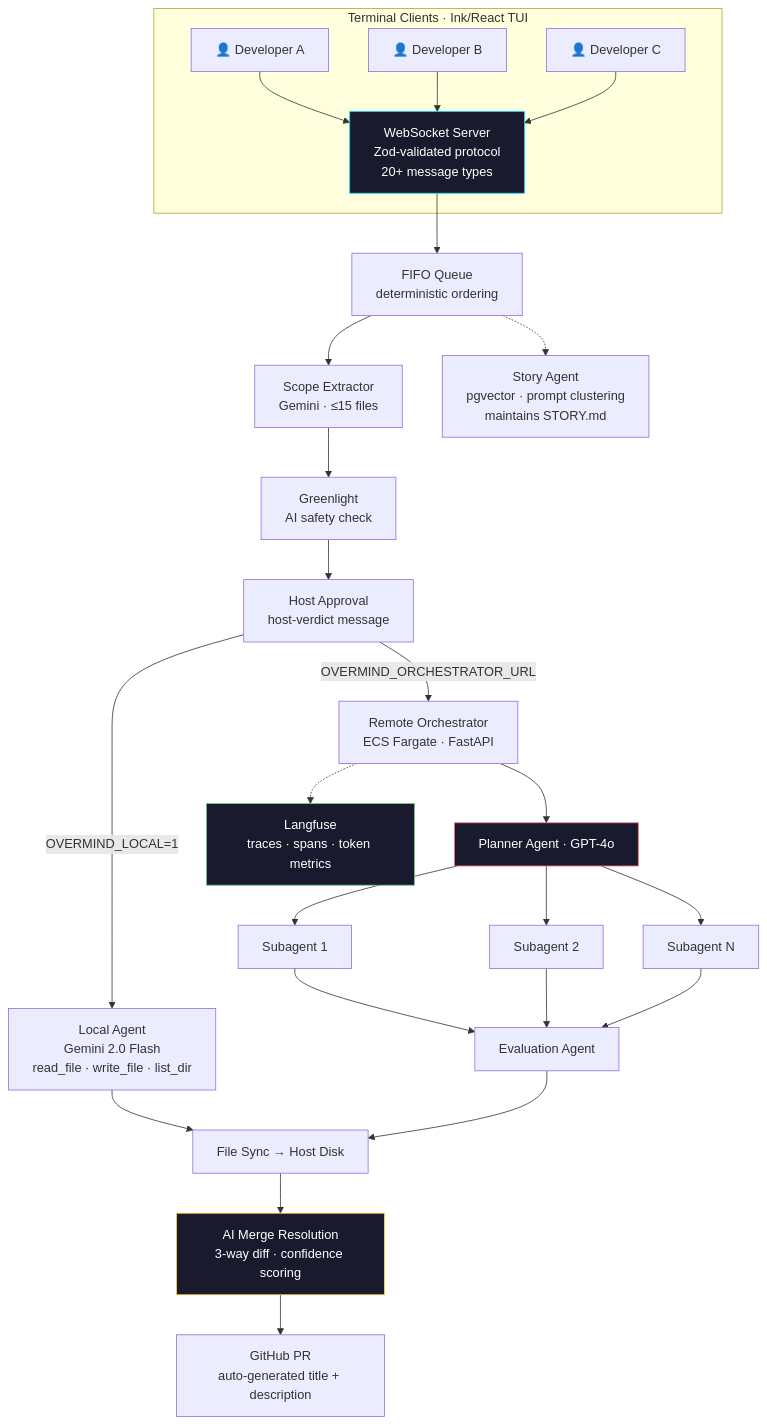
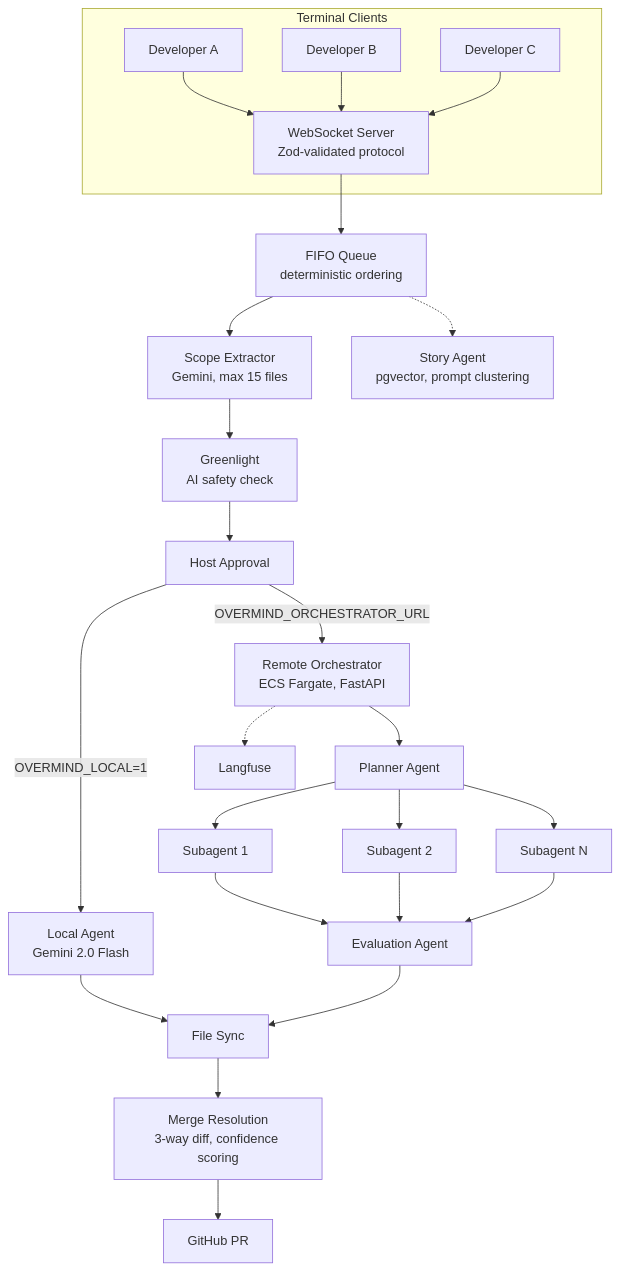
One commit to atharva789/Overmind changed the diagram in README.md. Above: the diagram before and after it, drawn with Mermaid. The commit also changed other lines of this file, not shown here.

````diff
--- a/README.md
+++ b/README.md
@@ -156,32 +26,27 @@
 ```mermaid
 graph TB
-    subgraph Clients["Terminal Clients · Ink/React TUI"]
-        A["👤 Developer A"] --> WS
-        B["👤 Developer B"] --> WS
-        C["👤 Developer C"] --> WS
+    subgraph Clients["Terminal Clients"]
+        A["Developer A"] --> WS
+        B["Developer B"] --> WS
+        C["Developer C"] --> WS
     end
 
-    WS["WebSocket Server<br/>Zod-validated protocol<br/>20+ message types"] --> Q["FIFO Queue<br/>deterministic ordering"]
-    Q --> SC["Scope Extractor<br/>Gemini · ≤15 files"]
+    WS["WebSocket Server<br/>Zod-validated protocol"] --> Q["FIFO Queue<br/>deterministic ordering"]
+    Q --> SC["Scope Extractor<br/>Gemini, max 15 files"]
     SC --> GL["Greenlight<br/>AI safety check"]
-    GL --> HA["Host Approval<br/>host-verdict message"]
+    GL --> HA["Host Approval"]
 
-    HA -->|"OVERMIND_LOCAL=1"| LA["Local Agent<br/>Gemini 2.0 Flash<br/>read_file · write_file · list_dir"]
-    HA -->|"OVERMIND_ORCHESTRATOR_URL"| RO["Remote Orchestrator<br/>ECS Fargate · FastAPI"]
+    HA -->|"OVERMIND_LOCAL=1"| LA["Local Agent<br/>Gemini 2.0 Flash"]
+    HA -->|"OVERMIND_ORCHESTRATOR_URL"| RO["Remote Orchestrator<br/>ECS Fargate, FastAPI"]
 
-    RO --> PL["Planner Agent · GPT-4o"]
+    RO --> PL["Planner Agent"]
     PL --> S1["Subagent 1"] & S2["Subagent 2"] & S3["Subagent N"]
     S1 & S2 & S3 --> EV["Evaluation Agent"]
 
-    LA & EV --> FS["File Sync → Host Disk"]
-    FS --> MR["AI Merge Resolution<br/>3-way diff · confidence scoring"]
-    MR --> PR["GitHub PR<br/>auto-generated title + description"]
+    LA & EV --> FS["File Sync"]
+    FS --> MR["Merge Resolution<br/>3-way diff, confidence scoring"]
+    MR --> PR["GitHub PR"]
 
-    Q -.-> SA["Story Agent<br/>pgvector · prompt clustering<br/>maintains STORY.md"]
-    RO -.-> LF["Langfuse<br/>traces · spans · token metrics"]
-
-    style WS fill:#1a1a2e,stroke:#00d4ff,color:#fff
-    style PL fill:#1a1a2e,stroke:#ff6b6b,color:#fff
-    style MR fill:#1a1a2e,stroke:#ffd93d,color:#fff
-    style LF fill:#1a1a2e,stroke:#6bcb77,color:#fff
+    Q -.-> SA["Story Agent<br/>pgvector, prompt clustering"]
+    RO -.-> LF["Langfuse"]
 ```
````
